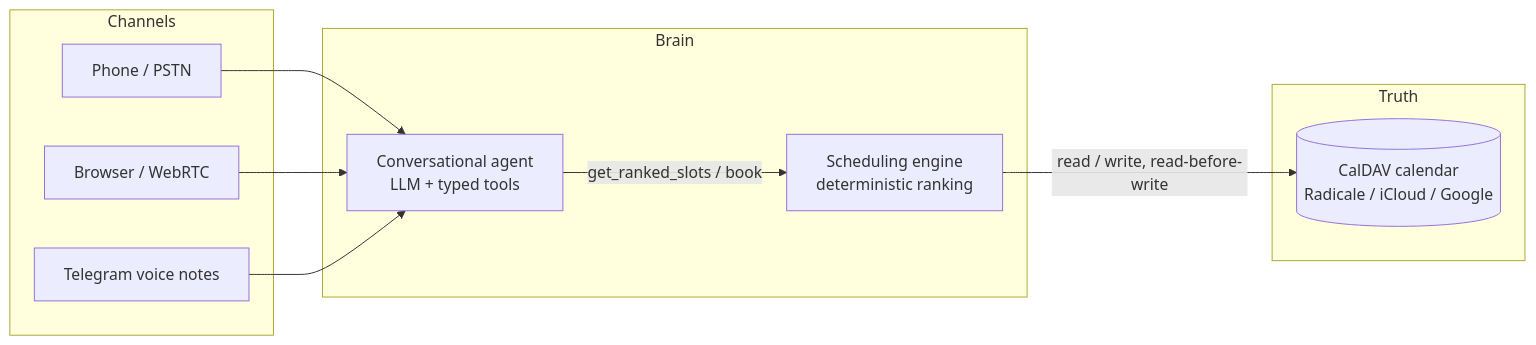
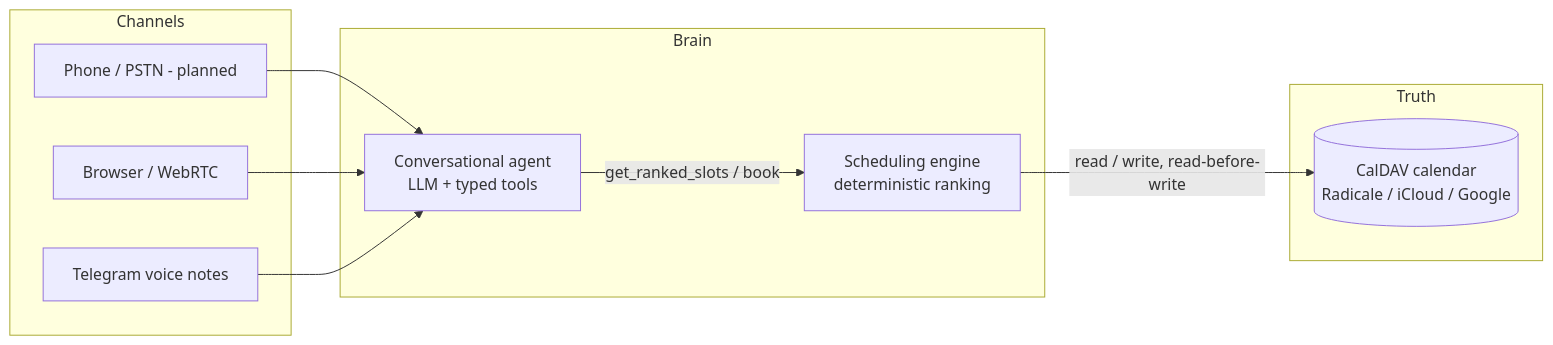
One commit to abiotov/polyglot-booking-agent changed the diagram in README.md. Above: the diagram before and after it, drawn with Mermaid. The commit also changed other lines of this file and 3 other files, not shown here.

````diff
--- a/README.md
+++ b/README.md
@@ -24,23 +24,23 @@
 ```mermaid
 flowchart LR
     subgraph Channels
-        P[Phone / PSTN]
         W[Browser / WebRTC]
         T[Telegram voice notes]
+        P[Phone / PSTN - planned]
     end
 
     subgraph Brain
         A[Conversational agent\nLLM + typed tools]
         E[Scheduling engine\ndeterministic ranking]
     end
 
     subgraph Truth
         C[(CalDAV calendar\nRadicale / iCloud / Google)]
     end
 
     P --> A
     W --> A
     T --> A
     A -- get_ranked_slots / book --> E
     E -- read / write, read-before-write --> C
 ```
````
